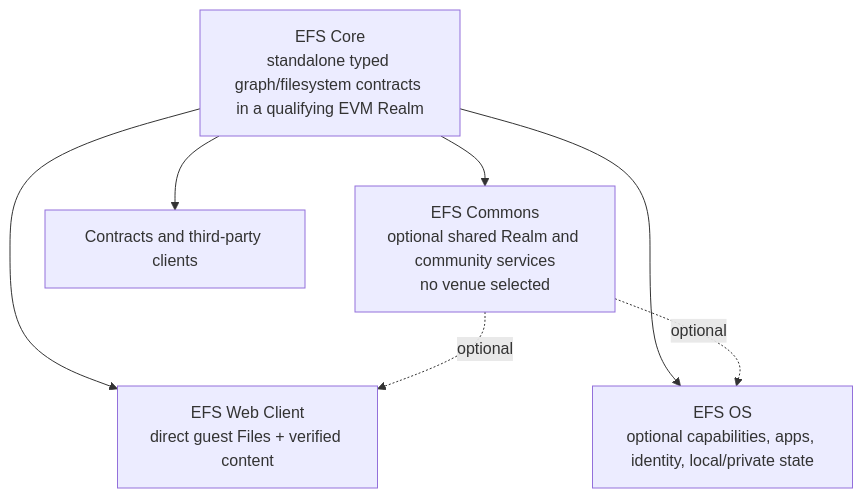
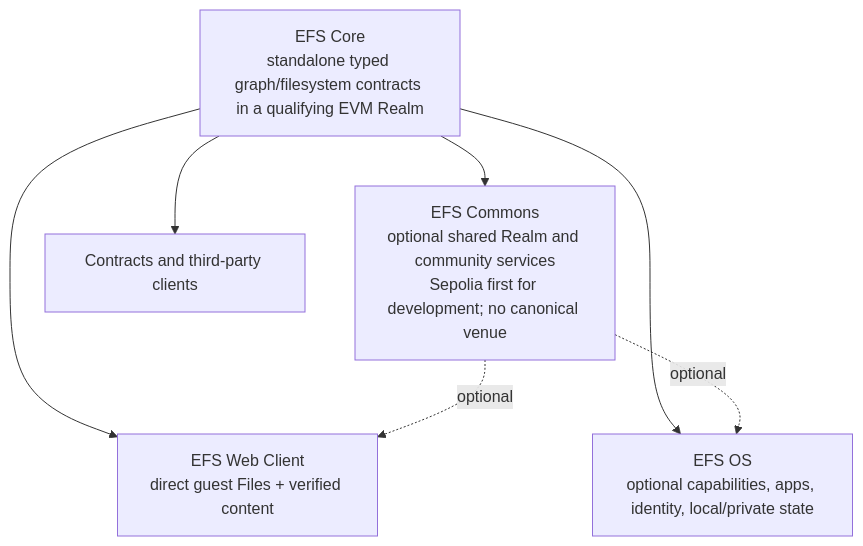
One commit to efs-project/planning changed the diagram in Designs/efsv2/README.md. Above: the diagram before and after it, drawn with Mermaid. The commit also changed other lines of this file and 9 other files, not shown here.

````diff
--- a/Designs/efsv2/README.md
+++ b/Designs/efsv2/README.md
@@ -25,14 +25,14 @@
 ```mermaid
 flowchart TB
     CORE["EFS Core<br/>standalone typed graph/filesystem contracts in a qualifying EVM Realm"]
     WEB["EFS Web Client<br/>direct guest Files + verified content"]
     OS["EFS OS<br/>optional capabilities, apps, identity, local/private state"]
-    COMMONS["EFS Commons<br/>optional shared Realm and community services<br/>no venue selected"]
+    COMMONS["EFS Commons<br/>optional shared Realm and community services<br/>Sepolia first for development; no canonical venue"]
     APPS["Contracts and third-party clients"]
     CORE --> WEB
     CORE --> OS
     CORE --> APPS
     CORE --> COMMONS
     COMMONS -. optional .-> WEB
     COMMONS -. optional .-> OS
 ```
````
